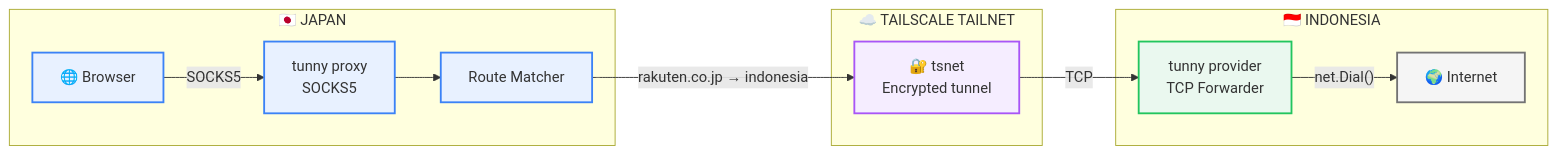
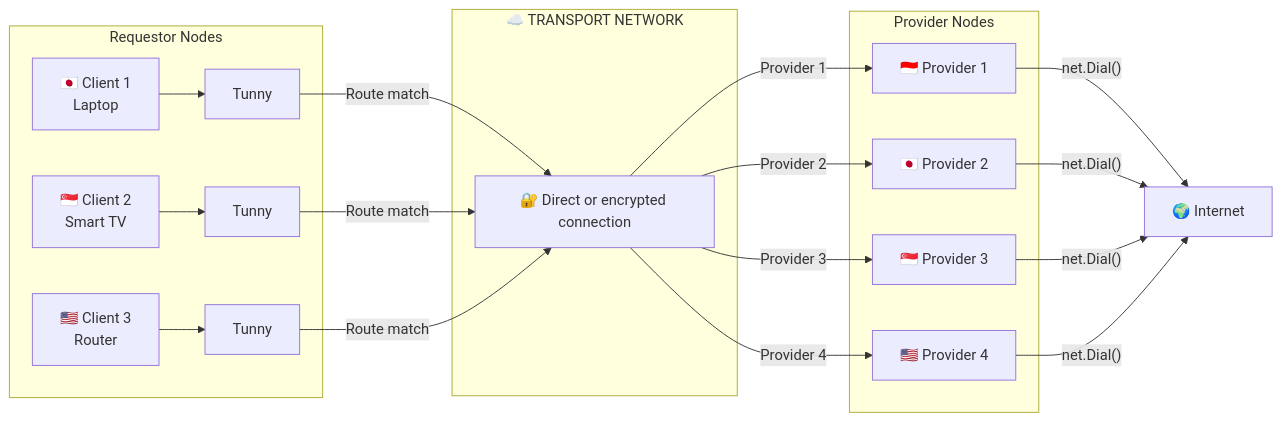
One commit to Aldiwildan77/tunny changed the fourth of 4 diagrams in README.md. Above: the diagram before and after it, drawn with Mermaid. The commit also changed other lines of this file, not shown here.

Commit message:
docs: update network topology example about the tunny nodes

````diff
--- a/README.md
+++ b/README.md
@@ -194,35 +220,41 @@
 ```mermaid
 flowchart LR
-    subgraph JP["🇯🇵 JAPAN"]
-        B["🌐 Browser"]
-        R["tunny proxy<br/>SOCKS5"]
-        D["Route Matcher"]
+  subgraph Clients["Requestor Nodes"]
+    C1["🇯🇵 Client 1<br/>Laptop"]
+    C2["🇸🇬 Client 2<br/>Smart TV"]
+    C3["🇺🇸 Client 3<br/>Router"]
 
-        B -->|"SOCKS5"| R
-        R --> D
+    T1["Tunny"]
+    T2["Tunny"]
+    T3["Tunny"]
+
+    C1 --> T1
+    C2 --> T2
+    C3 --> T3
     end
 
-    subgraph TS["☁️ TAILSCALE TAILNET"]
-        T["🔐 tsnet<br/>Encrypted tunnel"]
+    subgraph TS["☁️ TRANSPORT NETWORK"]
+      T["🔐 Direct or encrypted connection"]
     end
 
-    subgraph ID["🇮🇩 INDONESIA"]
-        P["tunny provider<br/>TCP Forwarder"]
-        I["🌍 Internet"]
-
-        P -->|"net.Dial()"| I
+    subgraph Providers["Provider Nodes"]
+        P1["🇮🇩 Provider 1"]
+        P2["🇯🇵 Provider 2"]
+        P3["🇸🇬 Provider 3"]
+        P4["🇺🇸 Provider 4"]
     end
 
-    D -->|"rakuten.co.jp → indonesia"| T
-    T -->|"TCP"| P
+    I["🌍 Internet"]
 
-    classDef requestor fill:#e8f1ff,stroke:#3b82f6,stroke-width:2px
-    classDef provider fill:#eaf8ef,stroke:#22c55e,stroke-width:2px
-    classDef tunnel fill:#f5edff,stroke:#a855f7,stroke-width:2px
-    classDef internet fill:#f5f5f5,stroke:#737373,stroke-width:2px
-
-    class B,R,D requestor
-    class P provider
-    class T tunnel
-    class I internet
+    T1 -->|"Route match"| T
+    T2 -->|"Route match"| T
+    T3 -->|"Route match"| T
+    T -->|"Provider 1"| P1
+    T -->|"Provider 2"| P2
+    T -->|"Provider 3"| P3
+    T -->|"Provider 4"| P4
+    P1 -->|"net.Dial()"| I
+    P2 -->|"net.Dial()"| I
+    P3 -->|"net.Dial()"| I
+    P4 -->|"net.Dial()"| I
 ```
````
